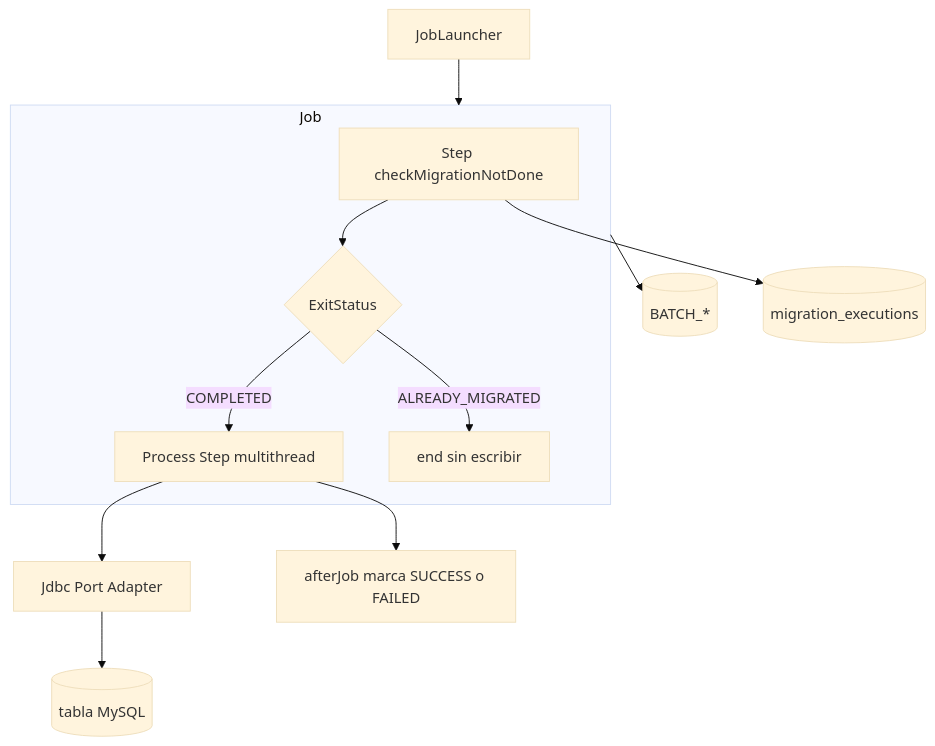
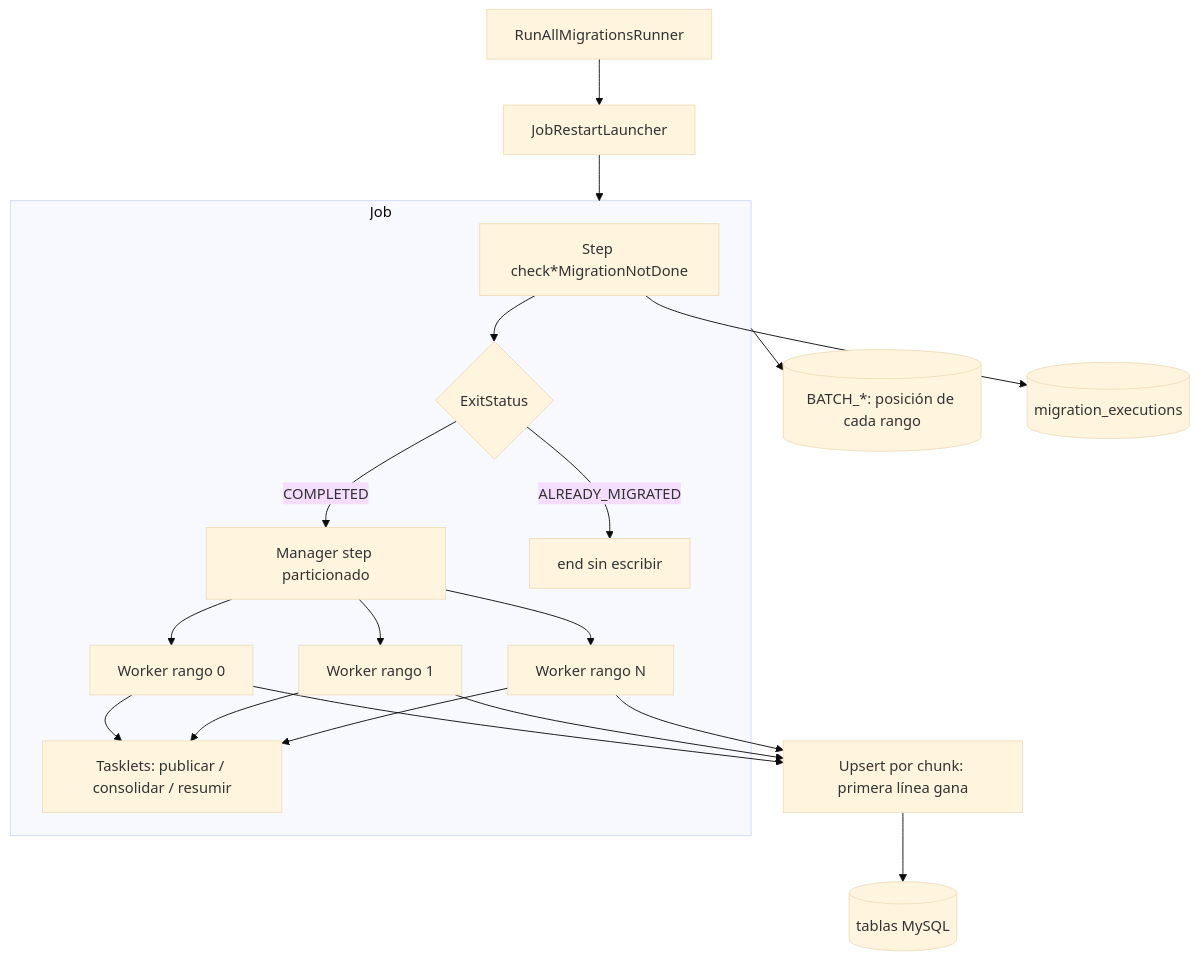
Before and after one commit to gustavoduocuc/xyz_bank_server: the diagram in data-migration/docs/jobs.md, drawn with Mermaid (base theme). The commit also changed other lines of this file and 4 other files, not shown here.

First line of the commit message:
docs(data-migration): document restart, partitioning, idempotency and the benchmark

````diff
--- a/data-migration/docs/jobs.md
+++ b/data-migration/docs/jobs.md
@@ -7,17 +7,23 @@
 ```mermaid
 flowchart TB
-    JobLauncher --> Job
+    Runner[RunAllMigrationsRunner] --> Launcher[JobRestartLauncher]
+    Launcher --> Job
     subgraph Job [Job]
-        guardStep[Step checkMigrationNotDone]
+        guardStep[Step check*MigrationNotDone]
         exitCheck{ExitStatus}
-        processStep[Process Step multithread]
+        manager[Manager step particionado]
+        w1[Worker rango 0]
+        w2[Worker rango 1]
+        wn[Worker rango N]
+        tasklets[Tasklets: publicar / consolidar / resumir]
         guardStep --> exitCheck
         exitCheck -->|ALREADY_MIGRATED| endNode[end sin escribir]
-        exitCheck -->|COMPLETED| processStep
+        exitCheck -->|COMPLETED| manager
+        manager --> w1 & w2 & wn
+        w1 & w2 & wn --> tasklets
     end
-    processStep --> JdbcWriter[Jdbc Port Adapter]
-    JdbcWriter --> BusinessTable[(tabla MySQL)]
-    Job --> JobRepository[(BATCH_*)]
+    w1 & w2 & wn --> Upsert[Upsert por chunk: primera línea gana]
+    Upsert --> Tables[(tablas MySQL)]
+    Job --> JobRepository[(BATCH_*: posición de cada rango)]
     guardStep --> Ledger[(migration_executions)]
-    processStep --> LedgerMark[afterJob marca SUCCESS o FAILED]
 ```
````
